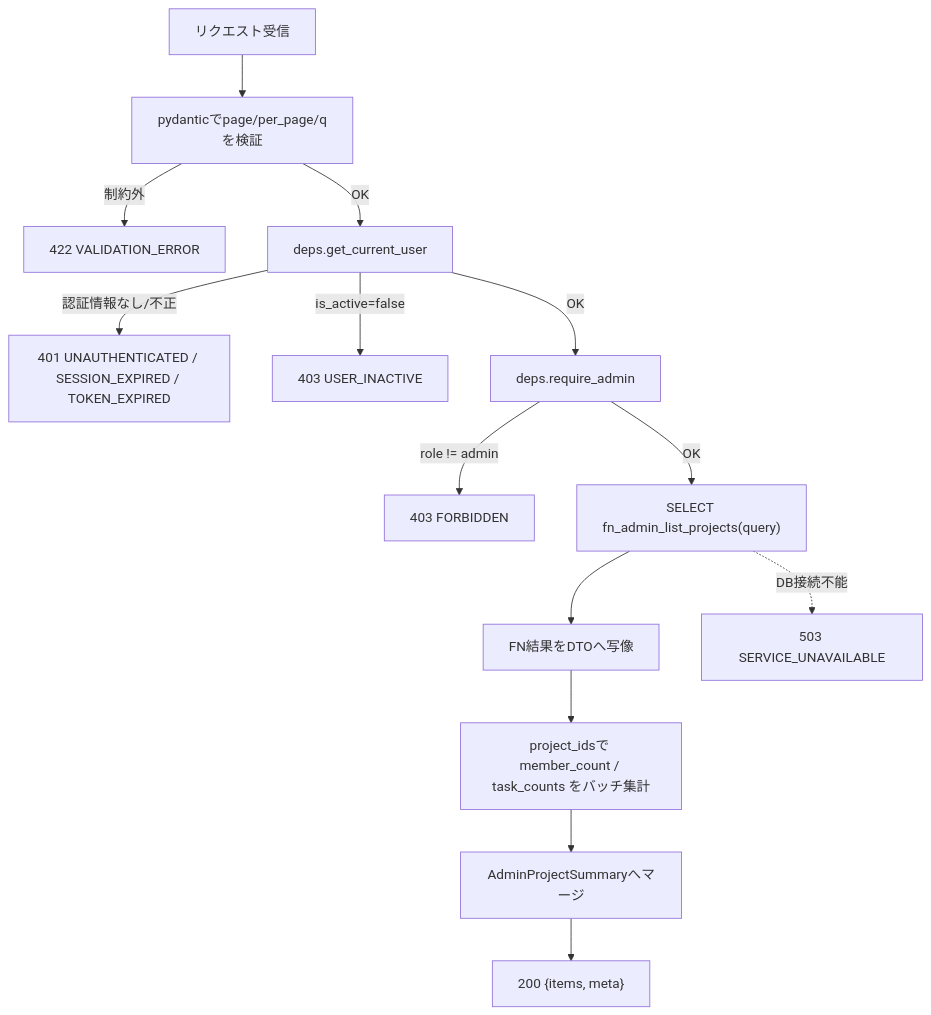
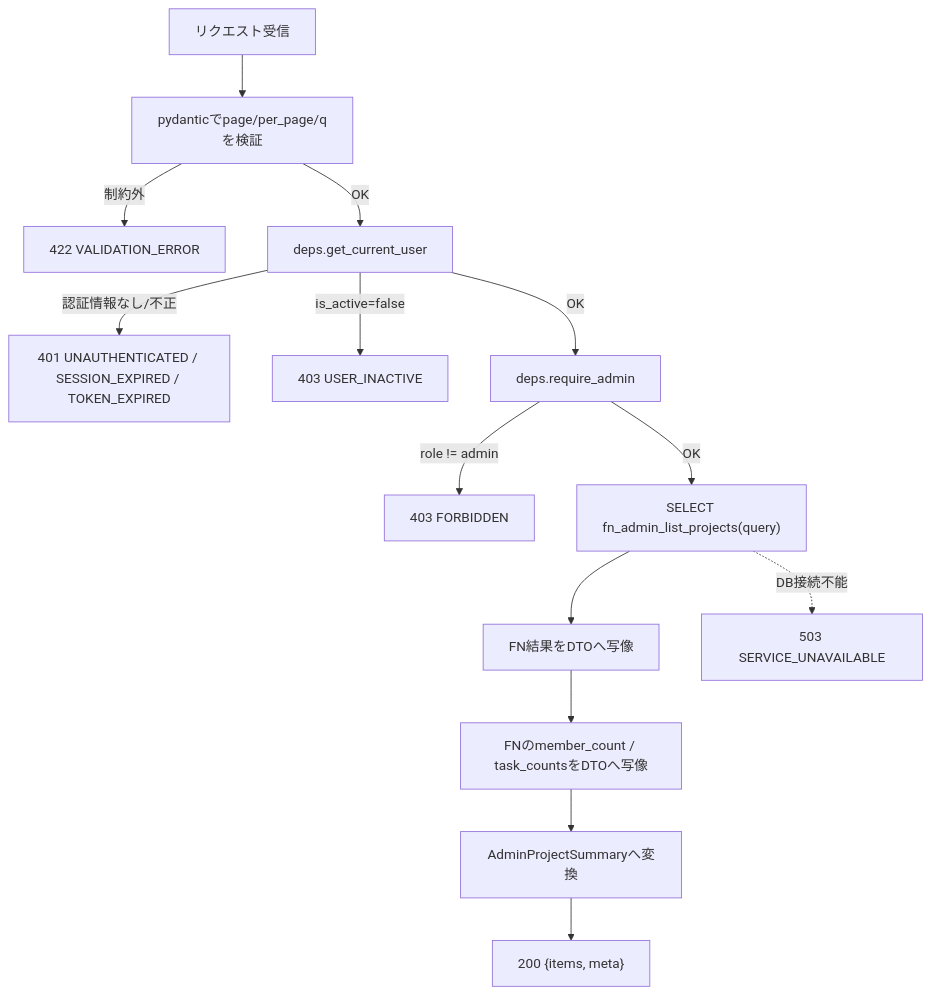
Before and after one commit to oikawa-d/task_management: the second of 4 diagrams in docs/detailed_design/api/admin/05_get_admin_projects.md, drawn with Mermaid. The commit also changed other lines of this file and 88 other files, not shown here.

````diff
--- a/docs/detailed_design/api/admin/05_get_admin_projects.md
+++ b/docs/detailed_design/api/admin/05_get_admin_projects.md
@@ -149,16 +149,16 @@
 ```mermaid
 flowchart TB
     A["リクエスト受信"] --> B["pydanticでpage/per_page/qを検証"]
     B -->|"制約外"| B1["422 VALIDATION_ERROR"]
     B -->|"OK"| C["deps.get_current_user"]
     C -->|"認証情報なし/不正"| C1["401 UNAUTHENTICATED / SESSION_EXPIRED / TOKEN_EXPIRED"]
     C -->|"is_active=false"| C2["403 USER_INACTIVE"]
     C -->|"OK"| E["deps.require_admin"]
     E -->|"role != admin"| E1["403 FORBIDDEN"]
     E -->|"OK"| F["SELECT fn_admin_list_projects(query)"]
     F --> G["FN結果をDTOへ写像"]
-    G --> H["project_idsで member_count / task_counts をバッチ集計"]
-    H --> I["AdminProjectSummaryへマージ"]
+    G --> H["FNのmember_count / task_countsをDTOへ写像"]
+    H --> I["AdminProjectSummaryへ変換"]
     I --> J["200 {items, meta}"]
     F -.->|"DB接続不能"| K["503 SERVICE_UNAVAILABLE"]
 ```
````
